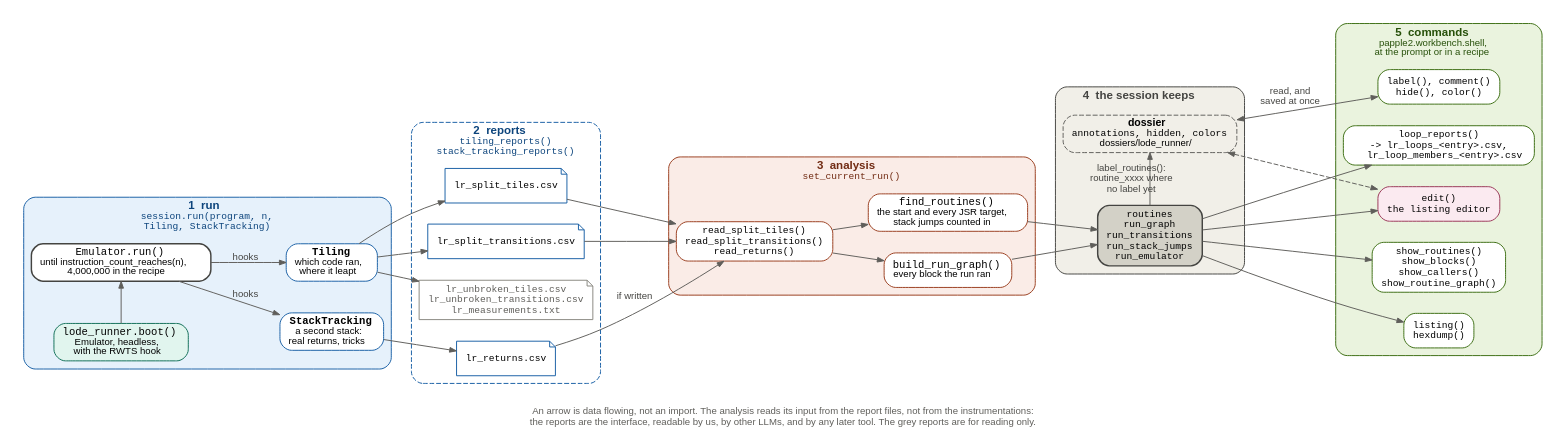
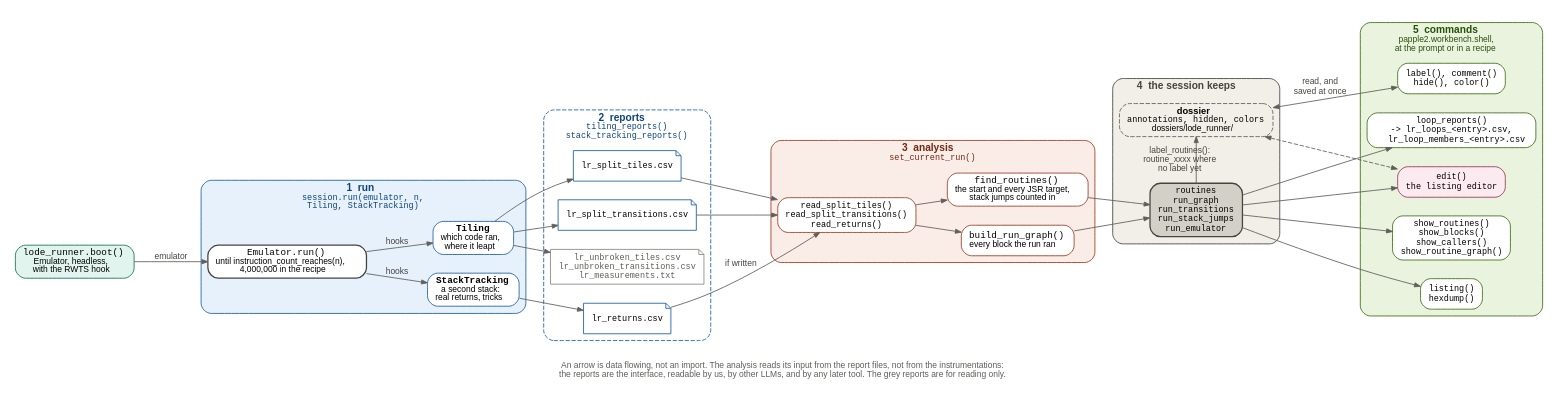
One commit to fschuhi/papple2 changed the diagram in docs/diagrams/pipeline.dot. Above: the diagram before and after it, drawn with Graphviz. The commit also changed 19 other files, not shown here.

```diff
--- a/docs/diagrams/pipeline.dot
+++ b/docs/diagrams/pipeline.dot
@@ -1,127 +1,128 @@
 // The workbench's pipeline: from a run of the program to the commands.
 // Unlike packages.dot, workbench.dot and core.dot, an arrow here is data
 // flowing, not an import. The colours are those of workbench.dot.
 // Each step names the Session method that makes it happen; the recipe in
 // scripts/lr_basic_blocks_analysis.py calls them in this order.
 // Rendered by `make presentation`.
 
 digraph pipeline {
     rankdir=LR;
     newrank=true;
     size="13.3,7.5";
     nodesep=0.3;
     ranksep=0.5;
     bgcolor="white";
     fontname="Helvetica";
     fontsize=10;
     fontcolor="#5F5E5A";
     labelloc="b";
     label="\nAn arrow is data flowing, not an import. The analysis reads its input from the report files, not from the instrumentations:\nthe reports are the interface, readable by us, by other LLMs, and by any later tool. The grey reports are for reading only.";
     node [shape=box, style="rounded,filled", fontname="Helvetica", fontsize=11,
           fillcolor="white", color="#5F5E5A", penwidth=1, margin="0.12,0.06"];
     edge [color="#5F5E5A", fontname="Helvetica", fontsize=10, fontcolor="#444441",
           arrowsize=0.7];
 
+    // 0 the machine, built before the run: the program's boot()
+    boot [label=<<FONT FACE="monospace">lode_runner.boot()</FONT><BR/><FONT POINT-SIZE="10">Emulator, headless,</FONT><BR/><FONT POINT-SIZE="10">with the RWTS hook</FONT>>,
+          fillcolor="#E1F5EE", color="#0F6E56"];
+    boot -> loop [label=" emulator "];
+
     // 1 the run
     subgraph cluster_run {
-        label=<<B>1  run</B><BR/><FONT FACE="monospace" POINT-SIZE="10">session.run(program, n,<BR/>Tiling, StackTracking)</FONT>>;
+        label=<<B>1  run</B><BR/><FONT FACE="monospace" POINT-SIZE="10">session.run(emulator, n,<BR/>Tiling, StackTracking)</FONT>>;
         labelloc="t"; style="rounded,filled"; fillcolor="#E6F1FB"; color="#185FA5";
         fontcolor="#0C447C"; fontsize=12;
 
-        boot [label=<<FONT FACE="monospace">lode_runner.boot()</FONT><BR/><FONT POINT-SIZE="10">Emulator, headless,</FONT><BR/><FONT POINT-SIZE="10">with the RWTS hook</FONT>>,
-              fillcolor="#E1F5EE", color="#0F6E56"];
         loop [label=<<FONT FACE="monospace">Emulator.run()</FONT><BR/><FONT POINT-SIZE="10">until instruction_count_reaches(n),</FONT><BR/><FONT POINT-SIZE="10">4,000,000 in the recipe</FONT>>,
               penwidth=1.5, color="#444441"];
         tiling [label=<<FONT FACE="monospace"><B>Tiling</B></FONT><BR/><FONT POINT-SIZE="10">which code ran,</FONT><BR/><FONT POINT-SIZE="10">where it leapt</FONT>>,
                 color="#185FA5"];
         stack [label=<<FONT FACE="monospace"><B>StackTracking</B></FONT><BR/><FONT POINT-SIZE="10">a second stack:</FONT><BR/><FONT POINT-SIZE="10">real returns, tricks</FONT>>,
                color="#185FA5"];
-        { rank=same; boot; loop; }
         { rank=same; tiling; stack; }
 
-        boot -> loop;
         loop -> tiling [label=" hooks "];
         loop -> stack [label=" hooks "];
     }
 
     // 2 the reports, files in the reports folder
     subgraph cluster_reports {
         label=<<B>2  reports</B><BR/><FONT FACE="monospace" POINT-SIZE="10">tiling_reports()<BR/>stack_tracking_reports()</FONT>>;
         labelloc="t"; style="rounded,dashed"; color="#185FA5";
         fontcolor="#0C447C"; fontsize=12;
         node [shape=note, style="filled", fillcolor="white", fontname="monospace",
               fontsize=10, color="#185FA5"];
 
         split_tiles [label="lr_split_tiles.csv"];
         split_transitions [label="lr_split_transitions.csv"];
         returns [label="lr_returns.csv"];
         unbroken [label="lr_unbroken_tiles.csv\nlr_unbroken_transitions.csv\nlr_measurements.txt",
                   color="#888780", fontcolor="#5F5E5A"];
         { rank=same; split_tiles; split_transitions; returns; unbroken; }
     }
 
     tiling -> split_tiles;
     tiling -> split_transitions;
     tiling -> unbroken;
     stack -> returns;
 
     // 3 the analysis
     subgraph cluster_analysis {
         label=<<B>3  analysis</B><BR/><FONT FACE="monospace" POINT-SIZE="10">set_current_run()</FONT>>;
         labelloc="t"; style="rounded,filled"; fillcolor="#FAECE7"; color="#993C1D";
         fontcolor="#712B13"; fontsize=12;
 
         read [label=<<FONT FACE="monospace">read_split_tiles()<BR/>read_split_transitions()<BR/>read_returns()</FONT>>,
               fontsize=10, color="#993C1D"];
         find [label=<<FONT FACE="monospace">find_routines()</FONT><BR/><FONT POINT-SIZE="10">the start and every JSR target,</FONT><BR/><FONT POINT-SIZE="10">stack jumps counted in</FONT>>,
               color="#993C1D"];
         run_graph [label=<<FONT FACE="monospace">build_run_graph()</FONT><BR/><FONT POINT-SIZE="10">every block the run ran</FONT>>,
                    color="#993C1D"];
         { rank=same; find; run_graph; }
         read -> find;
         read -> run_graph;
     }
 
     split_tiles -> read;
     split_transitions -> read;
     returns -> read [label=" if written "];
 
     // 4 what the session keeps
     subgraph cluster_state {
         label=<<B>4  the session keeps</B>>;
         labelloc="t"; style="rounded,filled"; fillcolor="#F1EFE8"; color="#444441";
         fontcolor="#444441"; fontsize=12;
 
         state [label=<<FONT FACE="monospace">routines<BR/>run_graph<BR/>run_transitions<BR/>run_stack_jumps<BR/>run_emulator</FONT>>,
                fontsize=10, fillcolor="#D3D1C7", color="#444441", penwidth=1.5];
         dossier [label=<<B>dossier</B><BR/><FONT POINT-SIZE="10" FACE="monospace">annotations, hidden, colors</FONT><BR/><FONT POINT-SIZE="10">dossiers/lode_runner/</FONT>>,
                  fillcolor="#F1EFE8", color="#5F5E5A", style="rounded,filled,dashed"];
         { rank=same; state; dossier; }
         state -> dossier [label=" label_routines():\n routine_xxxx where\n no label yet "];
     }
 
     find -> state;
     run_graph -> state;
 
     // 5 the commands
     subgraph cluster_commands {
         label=<<B>5  commands</B><BR/><FONT POINT-SIZE="10">papple2.workbench.shell,</FONT><BR/><FONT POINT-SIZE="10">at the prompt or in a recipe</FONT>>;
         labelloc="t"; style="rounded,filled"; fillcolor="#EAF3DE"; color="#3B6D11";
         fontcolor="#27500A"; fontsize=12;
         node [fontname="monospace", fontsize=10, color="#3B6D11"];
 
         show [label="show_routines()\nshow_blocks()\nshow_callers()\nshow_routine_graph()"];
         listing [label="listing()\nhexdump()"];
         edit [label="edit()\nthe listing editor", fillcolor="#FBEAF0", color="#993556"];
         loop_reports [label="loop_reports()\n-> lr_loops_<entry>.csv,\n   lr_loop_members_<entry>.csv"];
         notes [label="label(), comment()\nhide(), color()"];
         { rank=same; show; listing; edit; loop_reports; notes; }
     }
 
     state -> show;
     state -> listing;
     state -> edit;
     state -> loop_reports;
     dossier -> notes [dir=both, label=" read, and\n saved at once "];
     dossier -> edit [dir=both, style=dashed];
 }
```
